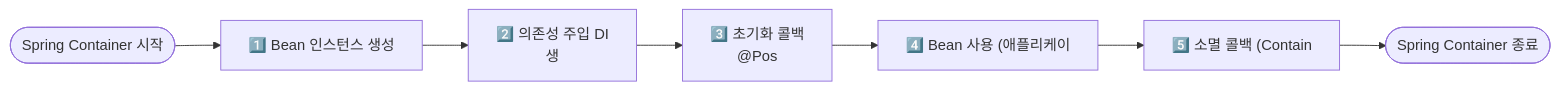
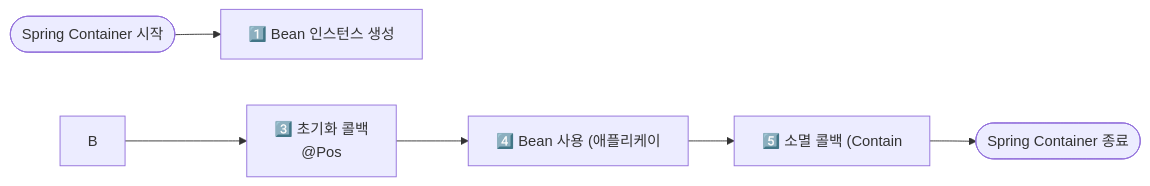
Before and after one commit to yjkim2015/yjkim2015.github.io: the third of 7 diagrams in _posts/spring/2026-05-01-spring-ioc-di.md, drawn with Mermaid. The commit also changed other lines of this file and 149 other files, not shown here.

First line of the commit message:
Mermaid 가독성 개선: 라벨 축약, 노드 축소, TD→LR 변환

````diff
--- a/_posts/spring/2026-05-01-spring-ioc-di.md
+++ b/_posts/spring/2026-05-01-spring-ioc-di.md
@@ -133,10 +132,9 @@
 ```mermaid
 graph LR
     S([Spring Container 시작]) --> A
     A["1️⃣ Bean 인스턴스 생성<b"]
-    A --> B["2️⃣ 의존성 주입 DI<br>생"]
     B --> C["3️⃣ 초기화 콜백<br>@Pos"]
     C --> D["4️⃣ Bean 사용 (애플리케이"]
     D --> E["5️⃣ 소멸 콜백 (Contain"]
     E --> END([Spring Container 종료])
 ```
````
